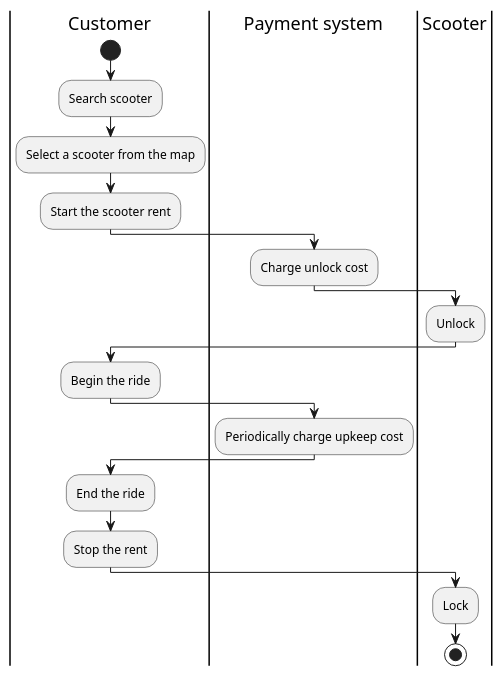
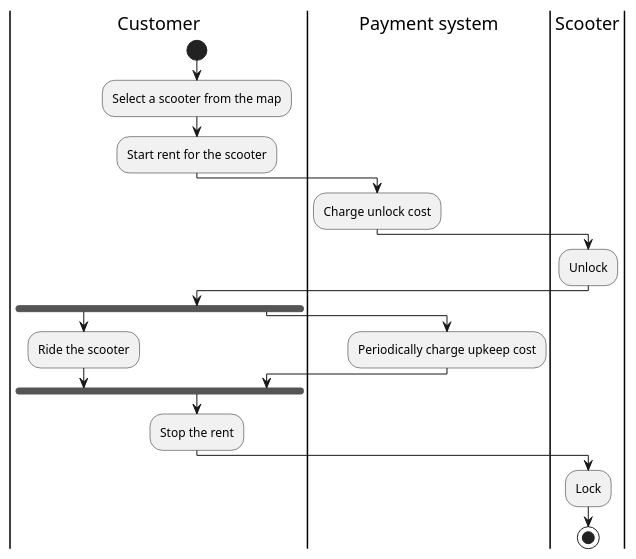
One commit to e-scooter-2077/documentation changed the diagram in requirement-analysis/user-stories.md. Above: the diagram before and after it, drawn with PlantUML. The commit also changed other lines of this file, not shown here.

Commit message:
Improve rent activity diagram

````diff
--- a/requirement-analysis/user-stories.md
+++ b/requirement-analysis/user-stories.md
@@ -43,23 +43,24 @@
 ```plantuml
 @startuml
 |Customer|
 start
-:Search scooter;
 :Select a scooter from the map;
-:Start the scooter rent;
+:Start rent for the scooter;
 |Payment system|
 :Charge unlock cost;
 |Scooter|
 :Unlock;
 |Customer|
-:Begin the ride;
+fork
+:Ride the scooter;
+fork again
 |Payment system|
 :Periodically charge upkeep cost;
 |Customer|
-:End the ride;
+end fork
 :Stop the rent;
 |Scooter|
 :Lock;
 stop
 @enduml
 ```
````
